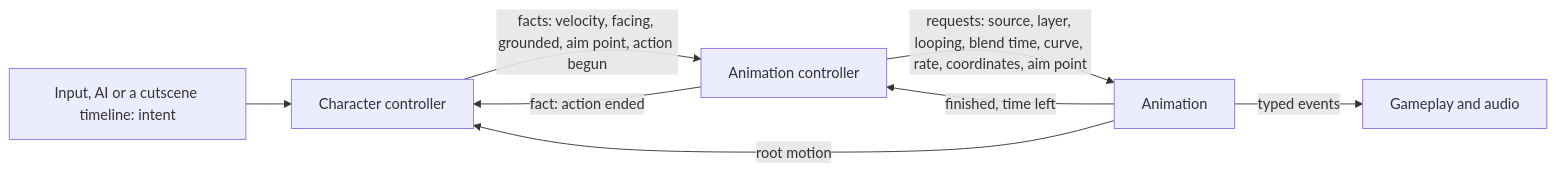
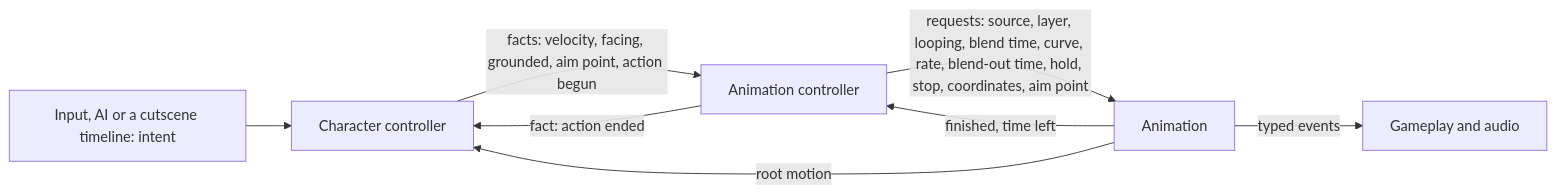
Before and after one commit to plainsight-systems/bullet-witch: the fourth of 4 diagrams in docs/architecture/animation.md, drawn with Mermaid. The commit also changed other lines of this file and 2 other files, not shown here.

````diff
--- a/docs/architecture/animation.md
+++ b/docs/architecture/animation.md
@@ -230,10 +253,10 @@
 ```mermaid
 flowchart LR
     IN["Input, AI or a cutscene timeline: intent"] --> CC["Character controller"]
     CC -- "facts: velocity, facing, grounded, aim point, action begun" --> AC["Animation controller"]
-    AC -- "requests: source, layer, looping, blend time, curve, rate, coordinates, aim point" --> AN["Animation"]
+    AC -- "requests: source, layer, looping, blend time, curve, rate, blend-out time, hold, stop, coordinates, aim point" --> AN["Animation"]
     AN -- "finished, time left" --> AC
     AC -- "fact: action ended" --> CC
     AN -- "root motion" --> CC
     AN -- "typed events" --> GP["Gameplay and audio"]
 ```
````
